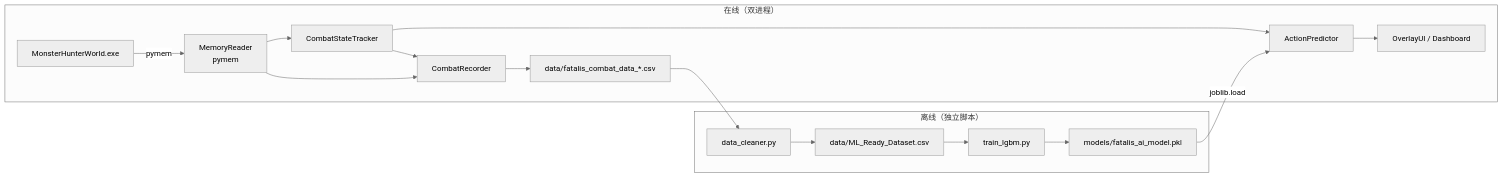
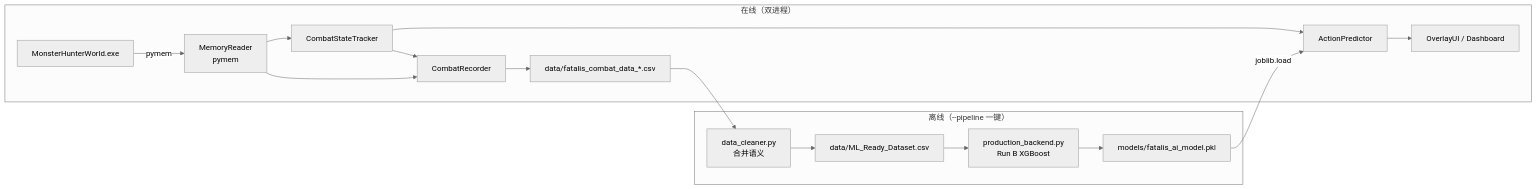
One commit to DeltMchey/Fatalis_Prediction changed the first of 2 diagrams in obsidian/Architecture/Data_Flow.md. Above: the diagram before and after it, drawn with Mermaid (neutral theme). The commit also changed other lines of this file and 7 other files, not shown here.

Commit message:
docs(vault): update Architecture and Development pages for v1.2.0 (ADR-P6.1, releases, 766 tests)

````diff
--- a/obsidian/Architecture/Data_Flow.md
+++ b/obsidian/Architecture/Data_Flow.md
@@ -18,30 +18,30 @@
 ```mermaid
 graph LR
     subgraph "在线（双进程）"
         GAME[MonsterHunterWorld.exe]
         MEM[MemoryReader<br/>pymem]
         ST[CombatStateTracker]
         PRED[ActionPredictor]
         REC[CombatRecorder]
         CSV[data/fatalis_combat_data_*.csv]
         UI[OverlayUI / Dashboard]
         GAME -->|pymem| MEM
         MEM --> ST
         ST --> REC
         MEM --> REC
         REC --> CSV
         ST --> PRED
         PRED --> UI
     end
-    subgraph "离线（独立脚本）"
-        CLEAN[data_cleaner.py]
+    subgraph "离线（--pipeline 一键）"
+        CLEAN[data_cleaner.py<br/>合并语义]
         ML[data/ML_Ready_Dataset.csv]
-        TRAIN[train_lgbm.py]
+        TRAIN[production_backend.py<br/>Run B XGBoost]
         MODEL[models/fatalis_ai_model.pkl]
         CSV --> CLEAN
         CLEAN --> ML
         ML --> TRAIN
         TRAIN --> MODEL
         MODEL -->|joblib.load| PRED
     end
 ```
````
